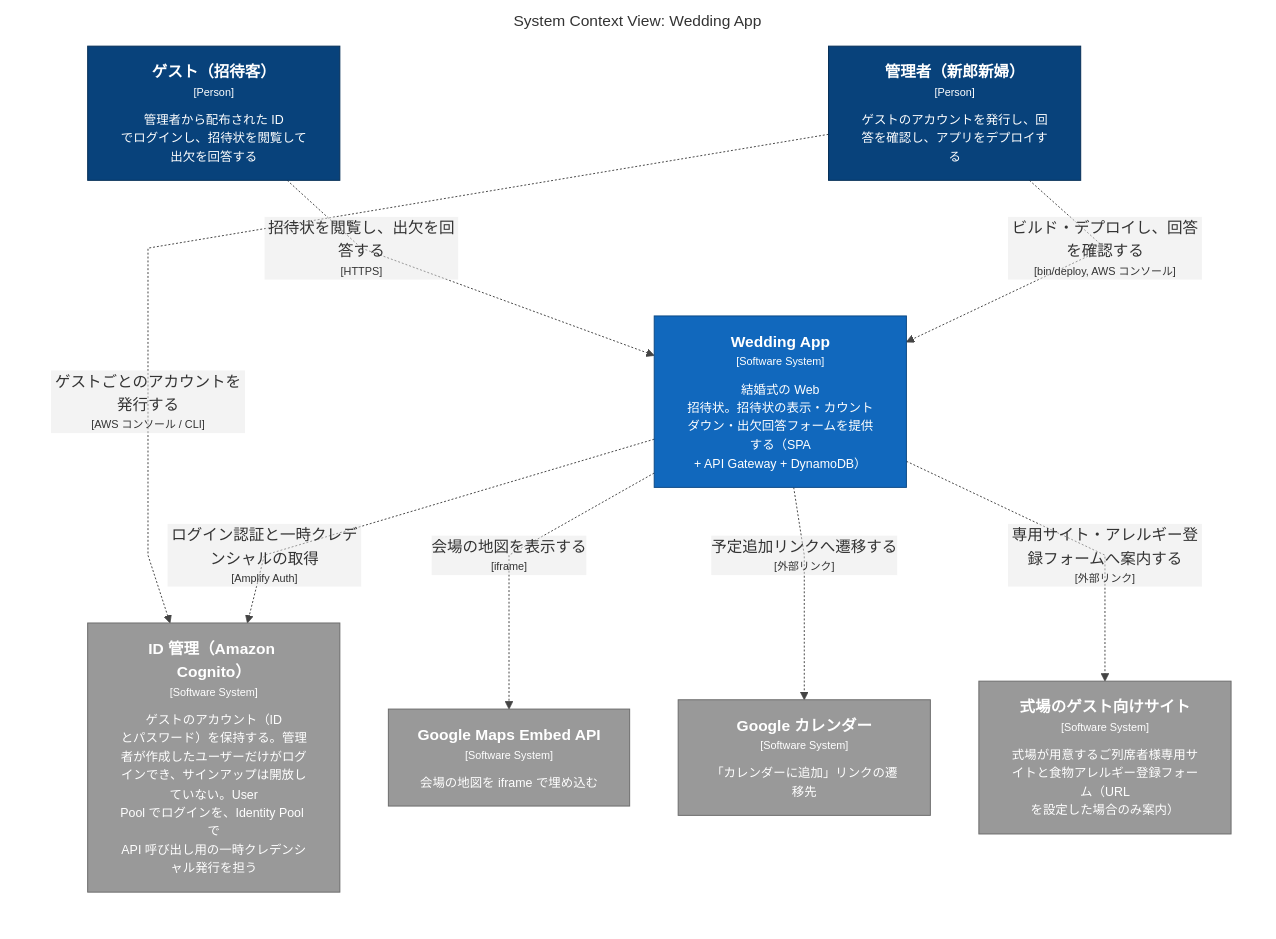
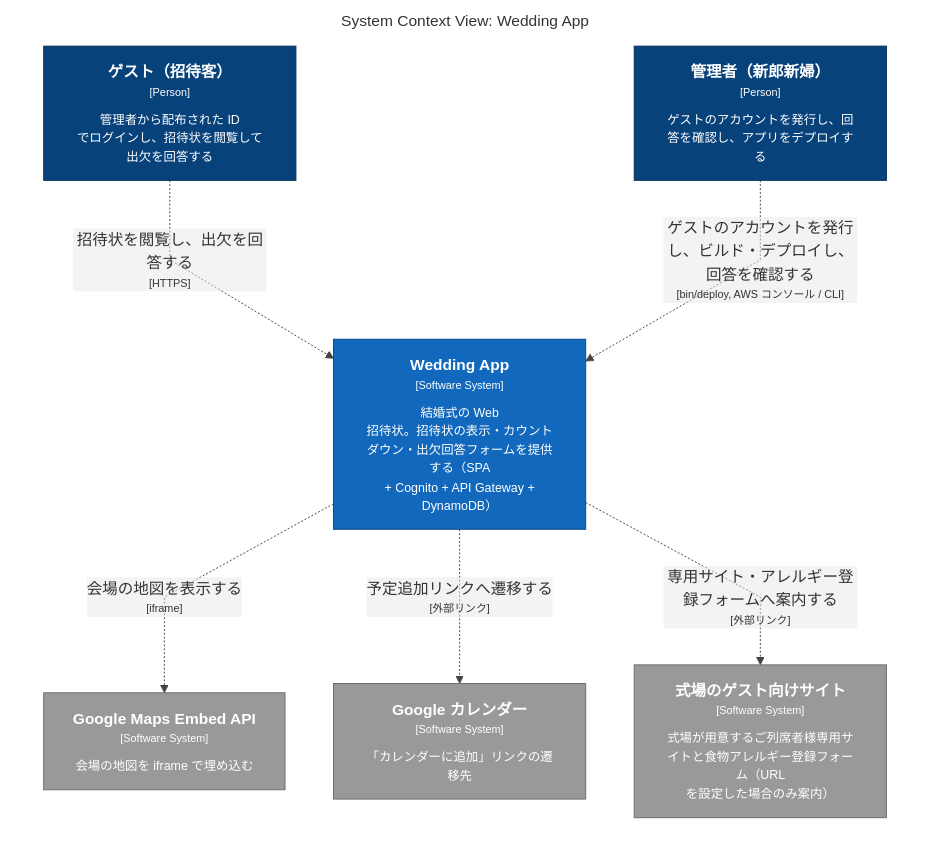
Before and after one commit to Yuchan4342/wedding-app: the diagram in docs/architecture/structurizr-SystemContext.mmd, drawn with Mermaid. The commit also changed 3 other files, not shown here.

First line of the commit message:
ID 管理（Cognito）を外部システムから Wedding App のコンテナに移す

```diff
--- a/docs/architecture/structurizr-SystemContext.mmd
+++ b/docs/architecture/structurizr-SystemContext.mmd
@@ -1,31 +1,27 @@
 %%{init: {"flowchart": {"curve": "linear"}}}%%
 graph LR
   linkStyle default fill:none,stroke:#444444
 
   subgraph diagram ["System Context View: Wedding App"]
     style diagram fill:#ffffff,stroke:#ffffff
 
     1["<div style='font-weight: bold'>ゲスト（招待客）</div><div style='font-size: 70%; margin-top: 0px'>[Person]</div><div style='font-size: 80%; margin-top:10px'>管理者から配布された ID<br />でログインし、招待状を閲覧して出欠を回答する</div>"]
     style 1 fill:#08427b,stroke:#052e56,color:#ffffff
     10["<div style='font-weight: bold'>Google Maps Embed API</div><div style='font-size: 70%; margin-top: 0px'>[Software System]</div><div style='font-size: 80%; margin-top:10px'>会場の地図を iframe で埋め込む</div>"]
     style 10 fill:#999999,stroke:#6b6b6b,color:#ffffff
     11["<div style='font-weight: bold'>Google カレンダー</div><div style='font-size: 70%; margin-top: 0px'>[Software System]</div><div style='font-size: 80%; margin-top:10px'>「カレンダーに追加」リンクの遷移先</div>"]
     style 11 fill:#999999,stroke:#6b6b6b,color:#ffffff
     12["<div style='font-weight: bold'>式場のゲスト向けサイト</div><div style='font-size: 70%; margin-top: 0px'>[Software System]</div><div style='font-size: 80%; margin-top:10px'>式場が用意するご列席者様専用サイトと食物アレルギー登録フォーム（URL<br />を設定した場合のみ案内）</div>"]
     style 12 fill:#999999,stroke:#6b6b6b,color:#ffffff
     2["<div style='font-weight: bold'>管理者（新郎新婦）</div><div style='font-size: 70%; margin-top: 0px'>[Person]</div><div style='font-size: 80%; margin-top:10px'>ゲストのアカウントを発行し、回答を確認し、アプリをデプロイする</div>"]
     style 2 fill:#08427b,stroke:#052e56,color:#ffffff
-    3["<div style='font-weight: bold'>Wedding App</div><div style='font-size: 70%; margin-top: 0px'>[Software System]</div><div style='font-size: 80%; margin-top:10px'>結婚式の Web<br />招待状。招待状の表示・カウントダウン・出欠回答フォームを提供する（SPA<br />+ API Gateway + DynamoDB）</div>"]
+    3["<div style='font-weight: bold'>Wedding App</div><div style='font-size: 70%; margin-top: 0px'>[Software System]</div><div style='font-size: 80%; margin-top:10px'>結婚式の Web<br />招待状。招待状の表示・カウントダウン・出欠回答フォームを提供する（SPA<br />+ Cognito + API Gateway +<br />DynamoDB）</div>"]
     style 3 fill:#1168bd,stroke:#0b4884,color:#ffffff
-    9["<div style='font-weight: bold'>ID 管理（Amazon Cognito）</div><div style='font-size: 70%; margin-top: 0px'>[Software System]</div><div style='font-size: 80%; margin-top:10px'>ゲストのアカウント（ID<br />とパスワード）を保持する。管理者が作成したユーザーだけがログインでき、サインアップは開放していない。User<br />Pool でログインを、Identity Pool で<br />API 呼び出し用の一時クレデンシャル発行を担う</div>"]
-    style 9 fill:#999999,stroke:#6b6b6b,color:#ffffff
 
     1-. "<div>招待状を閲覧し、出欠を回答する</div><div style='font-size: 70%'>[HTTPS]</div>" .->3
-    2-. "<div>ビルド・デプロイし、回答を確認する</div><div style='font-size: 70%'>[bin/deploy, AWS コンソール]</div>" .->3
-    2-. "<div>ゲストごとのアカウントを発行する</div><div style='font-size: 70%'>[AWS コンソール / CLI]</div>" .->9
-    3-. "<div>ログイン認証と一時クレデンシャルの取得</div><div style='font-size: 70%'>[Amplify Auth]</div>" .->9
+    2-. "<div>ゲストのアカウントを発行し、ビルド・デプロイし、回答を確認する</div><div style='font-size: 70%'>[bin/deploy, AWS コンソール / CLI]</div>" .->3
     3-. "<div>会場の地図を表示する</div><div style='font-size: 70%'>[iframe]</div>" .->10
     3-. "<div>予定追加リンクへ遷移する</div><div style='font-size: 70%'>[外部リンク]</div>" .->11
     3-. "<div>専用サイト・アレルギー登録フォームへ案内する</div><div style='font-size: 70%'>[外部リンク]</div>" .->12
 
   end
```
